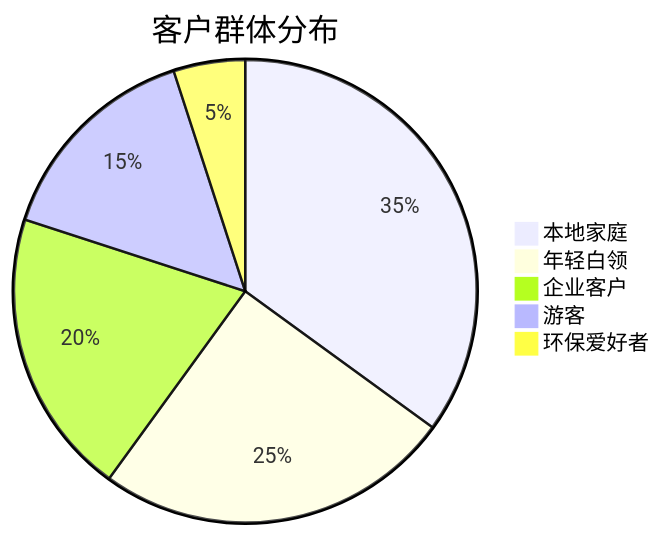
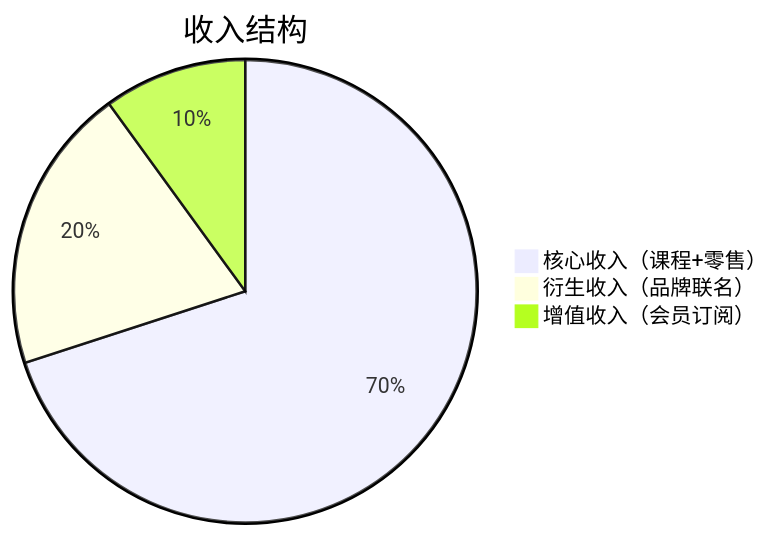
Before and after one commit to NaturalRice/git-demo: the first of 3 diagrams in README.md, drawn with Mermaid. The commit also changed other lines of this file, not shown here.

````diff
--- a/README.md
+++ b/README.md
@@ -3,9 +4,7 @@
 ```mermaid
 pie
-    title 客户群体分布
-    "本地家庭" : 35
-    "年轻白领" : 25
-    "企业客户" : 20
-    "游客" : 15
-    "环保爱好者" : 5
+    title 收入结构
+    "核心收入（课程+零售）" : 70
+    "衍生收入（品牌联名）" : 20
+    "增值收入（会员订阅）" : 10
 ```
````
